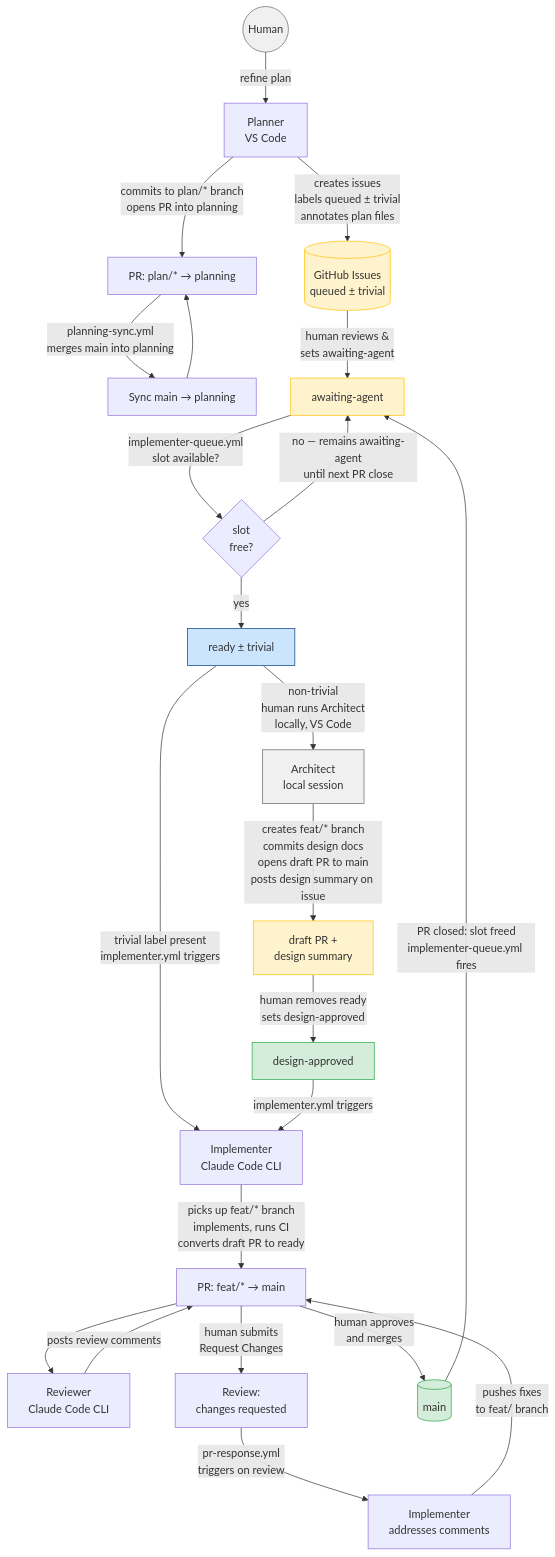
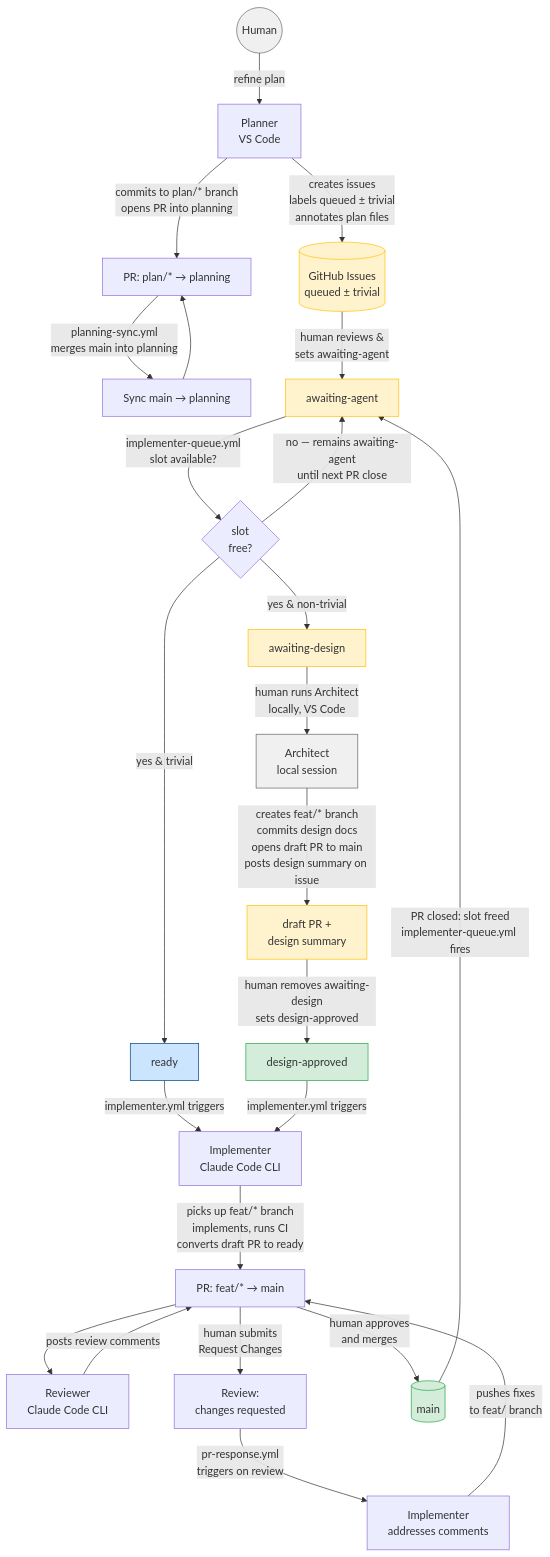
The diagram in AGENTS.md (vertexrs-io/vertexrs), drawn with Mermaid before and after one commit. The commit also changed other lines of this file and 4 other files, not shown here.

First line of the commit message:
chore(pipeline): split `ready` into `ready` (trivial) + `awaiting-design`

````diff
--- a/AGENTS.md
+++ b/AGENTS.md
@@ -17,40 +17,42 @@
 ```mermaid
 flowchart TD
     H((Human)) -->|refine plan| PL[Planner\nVS Code]
     PL -->|commits to plan/* branch\nopens PR into planning| PR1[PR: plan/* → planning]
     PR1 -->|planning-sync.yml\nmerges main into planning| SYNC[Sync main → planning]
     SYNC --> PR1
     PL -->|creates issues\nlabels queued ± trivial\nannotates plan files| ISSUES[(GitHub Issues\nqueued ± trivial)]
 
     ISSUES -->|human reviews &\nsets awaiting-agent| AWAIT[awaiting-agent]
 
     AWAIT -->|implementer-queue.yml\nslot available?| SCHED{slot\nfree?}
     SCHED -->|no — remains awaiting-agent\nuntil next PR close| AWAIT
-    SCHED -->|yes| READY[ready ± trivial]
+    SCHED -->|yes & trivial| READY[ready]
+    SCHED -->|yes & non-trivial| AWD[awaiting-design]
 
-    READY -->|trivial label present\nimplementer.yml triggers| IMP[Implementer\nClaude Code CLI]
-    READY -->|non-trivial\nhuman runs Architect\nlocally, VS Code| AR[Architect\nlocal session]
+    READY -->|implementer.yml triggers| IMP[Implementer\nClaude Code CLI]
+    AWD -->|human runs Architect\nlocally, VS Code| AR[Architect\nlocal session]
     AR -->|creates feat/* branch\ncommits design docs\nopens draft PR to main\nposts design summary on issue| ADRAFT[draft PR +\ndesign summary]
-    ADRAFT -->|human removes ready\nsets design-approved| DA[design-approved]
+    ADRAFT -->|human removes awaiting-design\nsets design-approved| DA[design-approved]
     DA -->|implementer.yml triggers| IMP
 
     IMP -->|picks up feat/* branch\nimplements, runs CI\nconverts draft PR to ready| PR2[PR: feat/* → main]
 
     PR2 --> REV[Reviewer\nClaude Code CLI]
     REV -->|posts review comments| PR2
     PR2 -->|human submits\nRequest Changes| RC[Review:\nchanges requested]
     RC -->|pr-response.yml\ntriggers on review| IMP2[Implementer\naddresses comments]
     IMP2 -->|pushes fixes\nto feat/ branch| PR2
 
     PR2 -->|human approves\nand merges| MAIN[(main)]
     MAIN -->|PR closed: slot freed\nimplementer-queue.yml fires| AWAIT
 
     style H fill:#f0f0f0,stroke:#666
     style MAIN fill:#d4edda,stroke:#28a745
     style ISSUES fill:#fff3cd,stroke:#ffc107
     style AWAIT fill:#fff3cd,stroke:#ffc107
     style READY fill:#cce5ff,stroke:#004085
+    style AWD fill:#fff3cd,stroke:#ffc107
     style AR fill:#f0f0f0,stroke:#666
     style ADRAFT fill:#fff3cd,stroke:#ffc107
     style DA fill:#d4edda,stroke:#28a745
 ```
````
